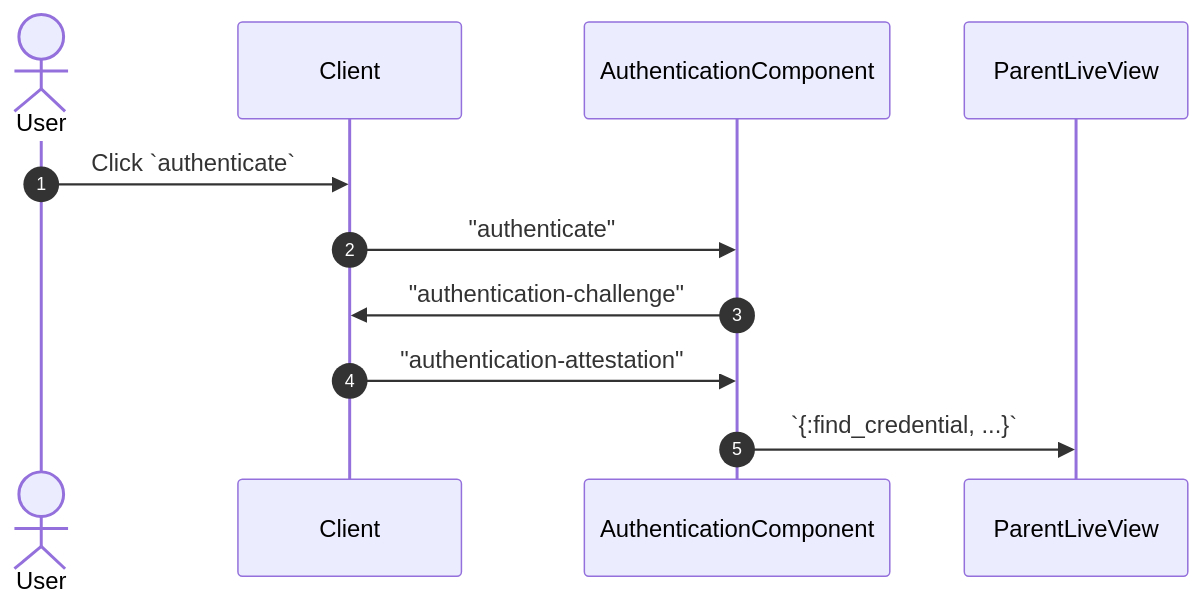
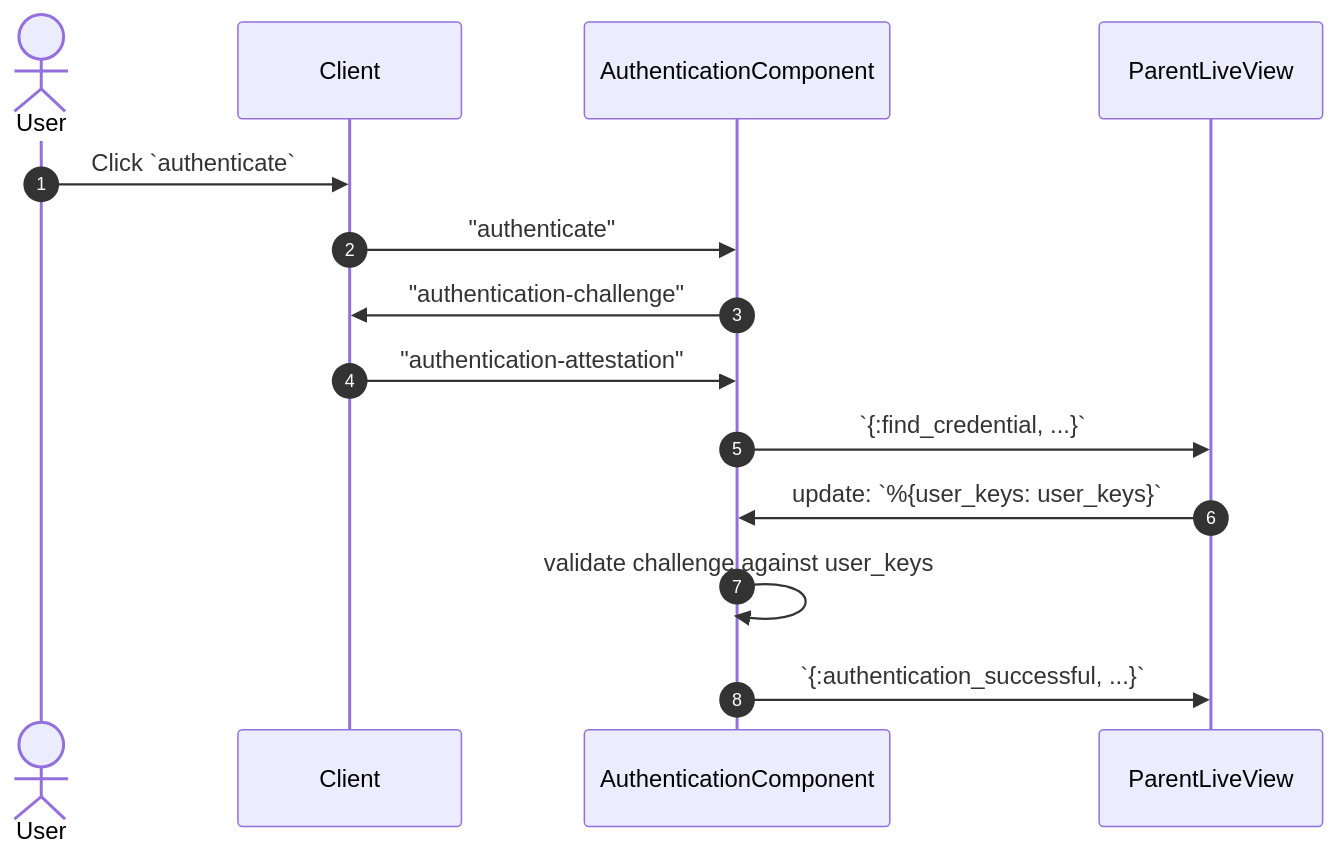
The third of 6 diagrams in webauthn_flows.md (liveshowy/webauthn_components), drawn with Mermaid before and after one commit. The commit also changed other lines of this file, not shown here.

Commit message:
update flow diagrams

````diff
--- a/webauthn_flows.md
+++ b/webauthn_flows.md
@@ -51,14 +53,17 @@
 ```mermaid
 sequenceDiagram
    autonumber
    actor User
    participant Client
    participant AuthenticationComponent
    participant ParentLiveView
 
    User->>Client: Click `authenticate`
    Client->>AuthenticationComponent: "authenticate"
    AuthenticationComponent->>Client: "authentication-challenge"
    Client->>AuthenticationComponent: "authentication-attestation"
    AuthenticationComponent->>ParentLiveView: `{:find_credential, ...}`
+   ParentLiveView->>AuthenticationComponent: update: `%{user_keys: user_keys}`
+   AuthenticationComponent->>AuthenticationComponent: validate challenge against user_keys
+   AuthenticationComponent->>ParentLiveView: `{:authentication_successful, ...}`
 ```
````
